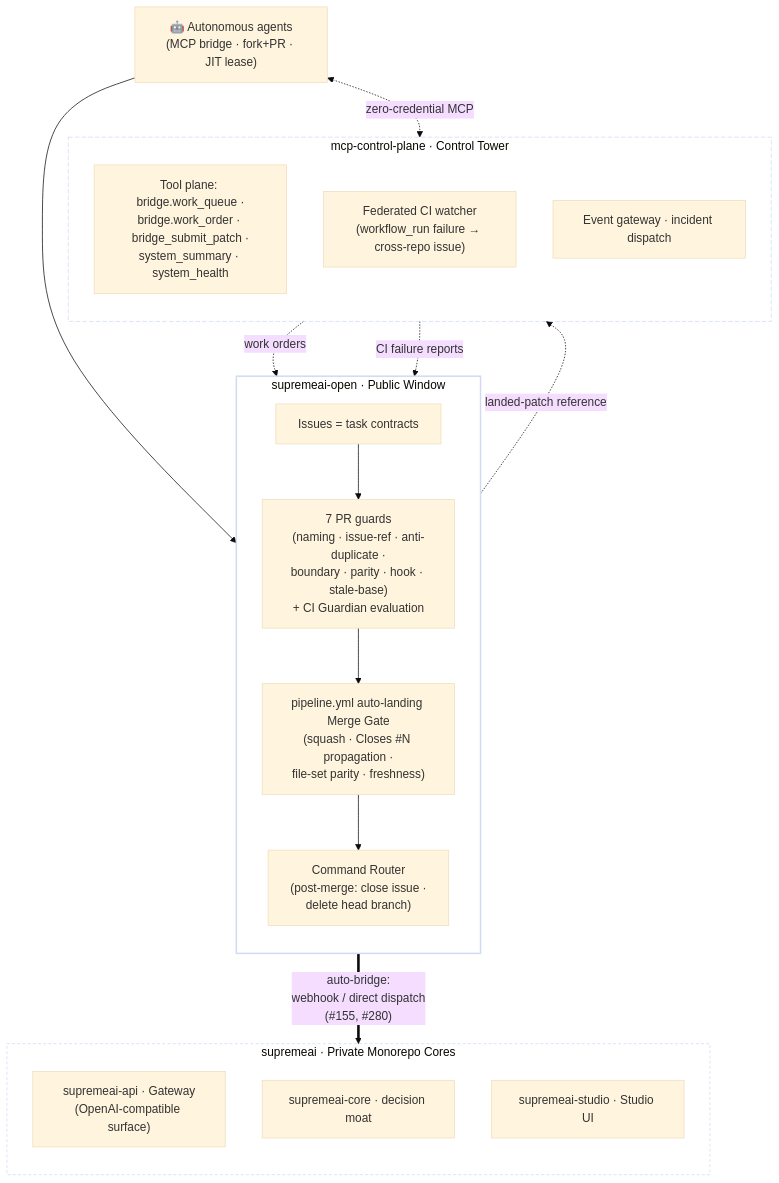
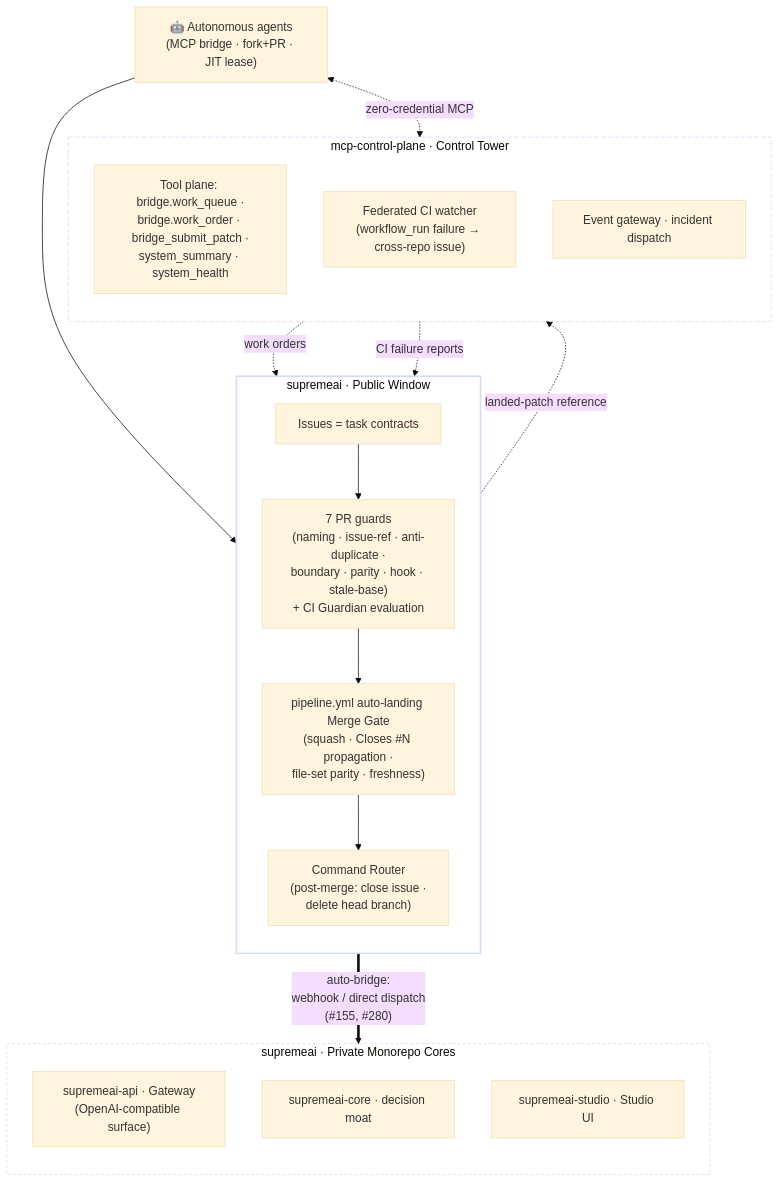
Before and after one commit to Supremeai-bd/supremeai: the diagram in ECOSYSTEM_MAP.md, drawn with Mermaid (base theme). The commit also changed other lines of this file and 142 other files, not shown here.

````diff
--- a/ECOSYSTEM_MAP.md
+++ b/ECOSYSTEM_MAP.md
@@ -114,39 +114,39 @@
 ```mermaid
 flowchart TB
     AGENT["🤖 Autonomous agents<br/>(MCP bridge · fork+PR · JIT lease)"]
 
-    subgraph OPEN["supremeai-open · Public Window"]
+    subgraph OPEN["supremeai · Public Window"]
         direction TB
         TASKS["Issues = task contracts"] --> GUARDS["7 PR guards<br/>(naming · issue-ref · anti-duplicate ·<br/>boundary · parity · hook · stale-base)<br/>+ CI Guardian evaluation"]
         GUARDS --> GATE["pipeline.yml auto-landing Merge Gate<br/>(squash · Closes #N propagation ·<br/>file-set parity · freshness)"]
         GATE --> ROUTER["Command Router<br/>(post-merge: close issue ·<br/>delete head branch)"]
     end
 
     subgraph TOWERBOX["mcp-control-plane · Control Tower"]
         direction TB
         TOOLS["Tool plane: bridge.work_queue ·<br/>bridge.work_order · bridge_submit_patch ·<br/>system_summary · system_health"]
         WATCHER["Federated CI watcher<br/>(workflow_run failure → cross-repo issue)"]
         EVENTS["Event gateway · incident dispatch"]
     end
 
     subgraph PRIVATECORE["supremeai · Private Monorepo Cores"]
         direction TB
         API["supremeai-api · Gateway<br/>(OpenAI-compatible surface)"]
         CORE["supremeai-core · decision moat"]
         STUDIO["supremeai-studio · Studio UI"]
     end
 
     AGENT --> TASKS
     AGENT <-.->|"zero-credential MCP"| TOOLS
     TOOLS -.->|work orders| TASKS
     GATE ==>|"auto-bridge:<br/>webhook / direct dispatch<br/>(#155, #280)"| PRIVATECORE
     WATCHER -.->|CI failure reports| OPEN
     GATE -.->|landed-patch reference| EVENTS
 
     classDef publicbox fill:none,stroke-width:2px;
     classDef towerbox fill:none,stroke-dasharray:6 3;
     classDef privatebox fill:none,stroke-dasharray:4 3;
     class OPEN publicbox;
     class TOWERBOX towerbox;
     class PRIVATECORE privatebox;
 ```
````
